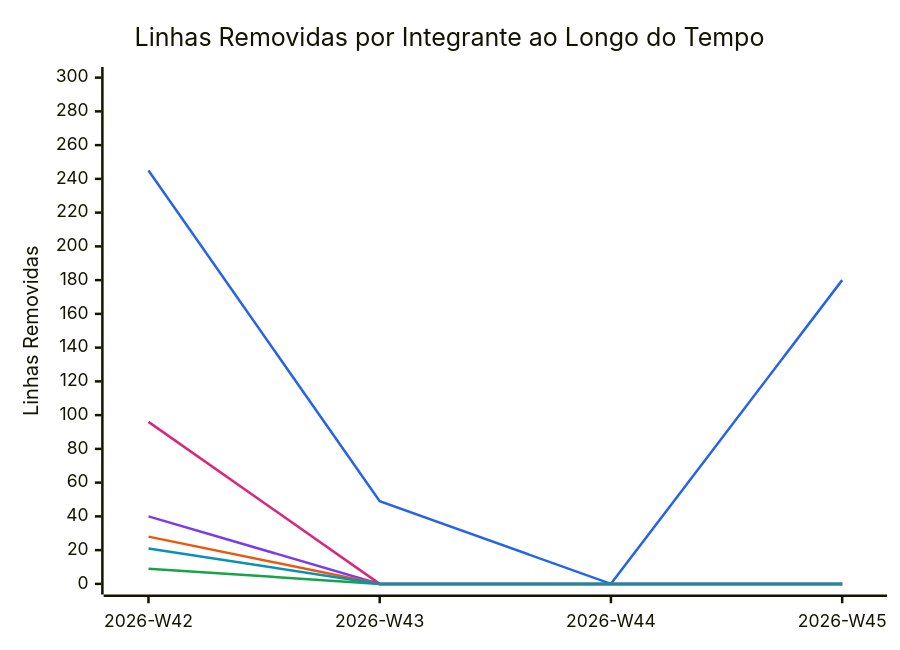
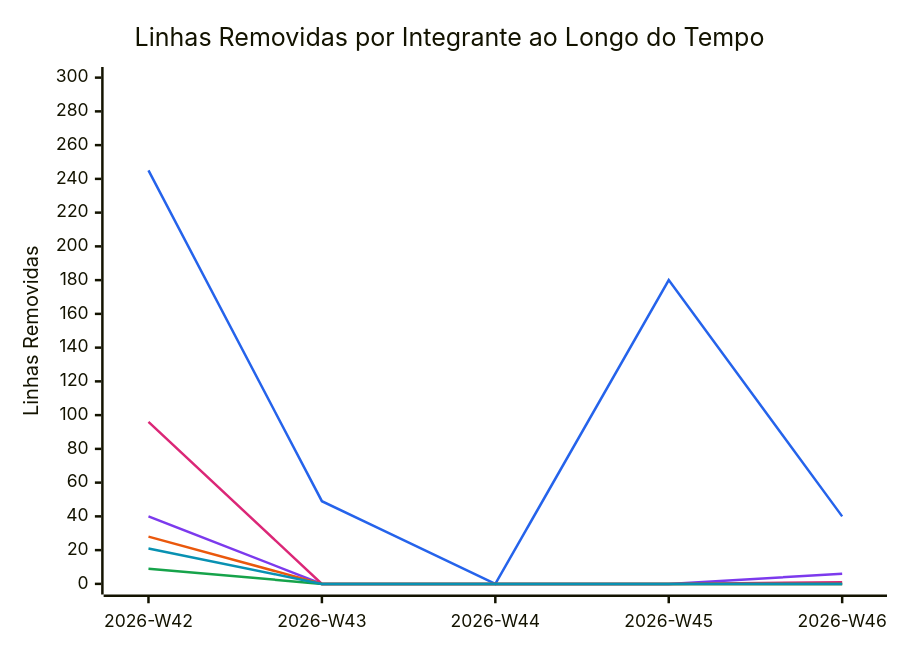
Before and after one commit to FCTE-Qualidade-de-Software-1/2026-2_T02_KAY_MCNULTY: the diagram in snippets/code-deletions.mmd, drawn with Mermaid. The commit also changed 11 other files, not shown here.

```diff
--- a/snippets/code-deletions.mmd
+++ b/snippets/code-deletions.mmd
@@ -1,11 +1,11 @@
 %%{init: {"themeVariables": {"xyChart": {"plotColorPalette": "#2563eb, #7c3aed, #db2777, #ea580c, #16a34a, #0891b2"}}}}%%
 xychart-beta
     title "Linhas Removidas por Integrante ao Longo do Tempo"
-    x-axis ["2026-W42", "2026-W43", "2026-W44", "2026-W45"]
+    x-axis ["2026-W42", "2026-W43", "2026-W44", "2026-W45", "2026-W46"]
     y-axis "Linhas Removidas" 0 --> 300
-    line [245, 49, 0, 180]
-    line [40, 0, 0, 0]
-    line [96, 0, 0, 0]
-    line [28, 0, 0, 0]
-    line [9, 0, 0, 0]
-    line [21, 0, 0, 0]
+    line [245, 49, 0, 180, 40]
+    line [40, 0, 0, 0, 6]
+    line [96, 0, 0, 0, 1]
+    line [28, 0, 0, 0, 0]
+    line [9, 0, 0, 0, 0]
+    line [21, 0, 0, 0, 0]
```
